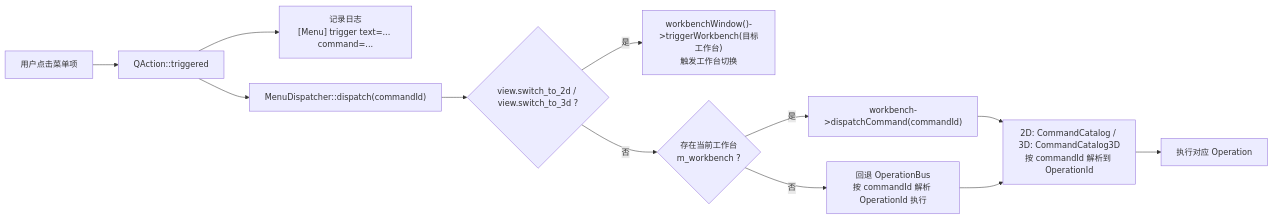
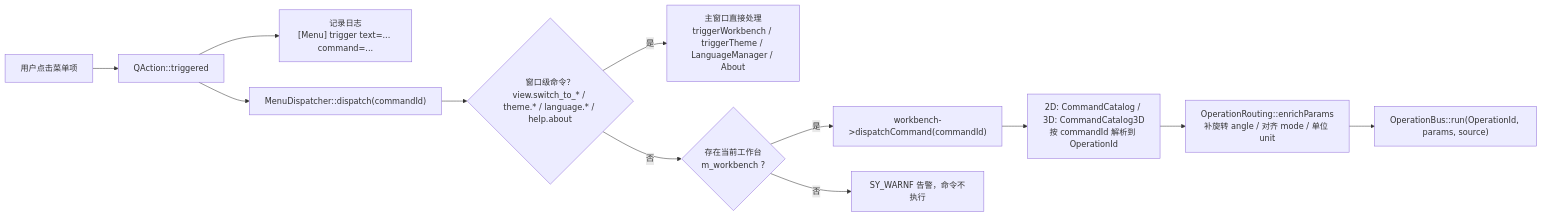
Before and after one commit to yulinxx/CAD: the second of 2 diagrams in Docs/01-当前架构/菜单架构.md, drawn with Mermaid. The commit also changed other lines of this file and 17 other files, not shown here.

````diff
--- a/Docs/01-当前架构/菜单架构.md
+++ b/Docs/01-当前架构/菜单架构.md
@@ -868,14 +882,14 @@
 ```mermaid
 flowchart LR
     Click["用户点击菜单项"] --> Trigger["QAction::triggered"]
     Trigger --> Log["记录日志<br/>[Menu] trigger text=... command=..."]
     Trigger --> Dispatch["MenuDispatcher::dispatch(commandId)"]
-    Dispatch --> Switch{"view.switch_to_2d / view.switch_to_3d ?"}
-    Switch -- "是" --> WB["workbenchWindow()->triggerWorkbench(目标工作台)<br/>触发工作台切换"]
+    Dispatch --> Switch{"窗口级命令？<br/>view.switch_to_* / theme.* / language.* / help.about"}
+    Switch -- "是" --> WB["主窗口直接处理<br/>triggerWorkbench / triggerTheme / LanguageManager / About"]
     Switch -- "否" --> HasWorkbench{"存在当前工作台<br/>m_workbench ?"}
     HasWorkbench -- "是" --> WB2["workbench->dispatchCommand(commandId)"]
-    HasWorkbench -- "否" --> Bus["回退 OperationBus<br/>按 commandId 解析 OperationId 执行"]
+    HasWorkbench -- "否" --> Warn["SY_WARNF 告警，命令不执行"]
     WB2 --> Catalog["2D: CommandCatalog / 3D: CommandCatalog3D<br/>按 commandId 解析到 OperationId"]
-    Bus --> Catalog
-    Catalog --> Run["执行对应 Operation"]
+    Catalog --> Enrich["OperationRouting::enrichParams<br/>补旋转 angle / 对齐 mode / 单位 unit"]
+    Enrich --> Run["OperationBus::run(OperationId, params, source)"]
 ```
````
